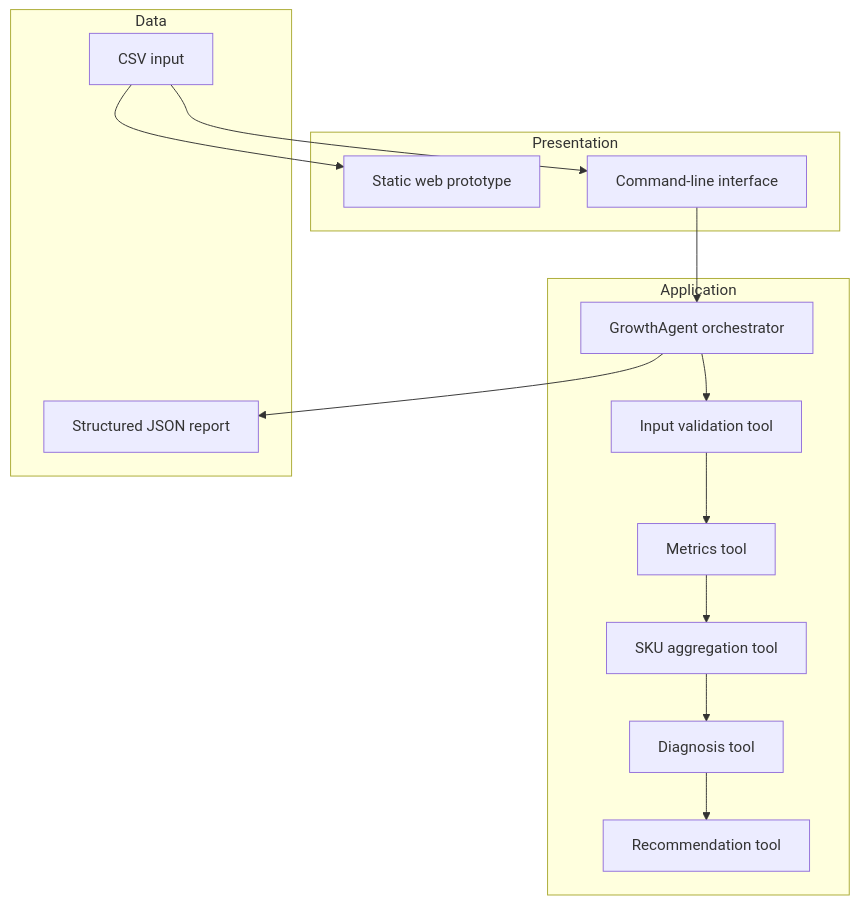
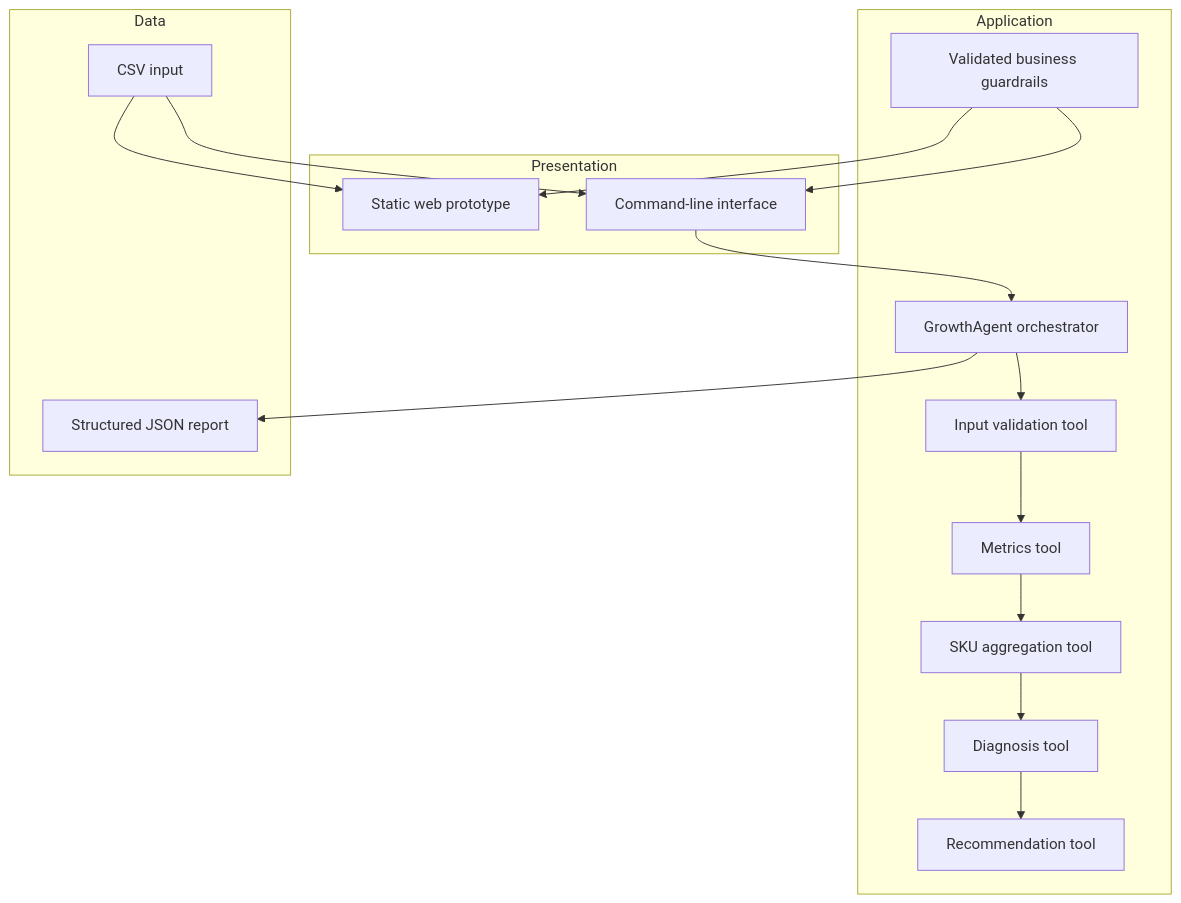
Before and after one commit to magicyao2028-pixel/ecommerce-growth-agent: the first of 2 diagrams in docs/ARCHITECTURE.md, drawn with Mermaid. The commit also changed other lines of this file and 17 other files, not shown here.

Commit message:
add configurable business guardrails

````diff
--- a/docs/ARCHITECTURE.md
+++ b/docs/ARCHITECTURE.md
@@ -13,24 +13,27 @@
 ```mermaid
 flowchart TB
     subgraph Presentation
       W[Static web prototype]
       C[Command-line interface]
     end
     subgraph Application
       A[GrowthAgent orchestrator]
       T1[Input validation tool]
       T2[Metrics tool]
       T3[SKU aggregation tool]
       T4[Diagnosis tool]
       T5[Recommendation tool]
+      CFG[Validated business guardrails]
     end
     subgraph Data
       CSV[CSV input]
       JSON[Structured JSON report]
     end
     CSV --> W
     CSV --> C
+    CFG --> W
+    CFG --> C
     C --> A
     A --> T1 --> T2 --> T3 --> T4 --> T5
     A --> JSON
 ```
````
